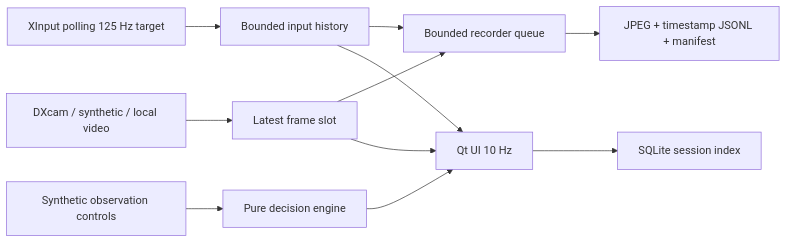
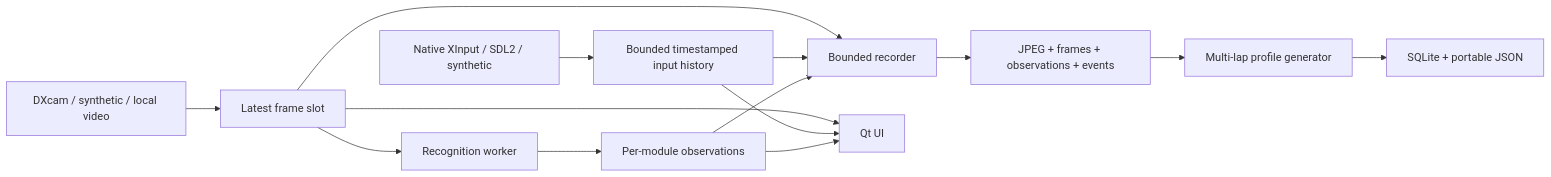
One commit to pansingdigital-2026/moto-assist changed the diagram in docs/ARCHITECTURE.md. Above: the diagram before and after it, drawn with Mermaid. The commit also changed other lines of this file and 33 other files, not shown here.

````diff
--- a/docs/ARCHITECTURE.md
+++ b/docs/ARCHITECTURE.md
@@ -5,13 +3,16 @@
 ```mermaid
 flowchart LR
-    X[XInput polling 125 Hz target] --> H[Bounded input history]
-    D[DXcam / synthetic / local video] --> F[Latest frame slot]
-    H --> R[Bounded recorder queue]
-    F --> R
-    R --> J[JPEG + timestamp JSONL + manifest]
-    F --> U[Qt UI 10 Hz]
+    X[Native XInput / SDL2 / synthetic] --> H[Bounded timestamped input history]
+    C[DXcam / synthetic / local video] --> F[Latest frame slot]
+    F --> A[Recognition worker]
+    A --> O[Per-module observations]
+    F --> R[Bounded recorder]
+    H --> R
+    O --> R
+    R --> D[JPEG + frames + observations + events]
+    D --> L[Multi-lap profile generator]
+    L --> S[SQLite + portable JSON]
+    F --> U[Qt UI]
     H --> U
-    S[Synthetic observation controls] --> E[Pure decision engine]
-    E --> U
-    U --> DB[SQLite session index]
+    O --> U
 ```
````
